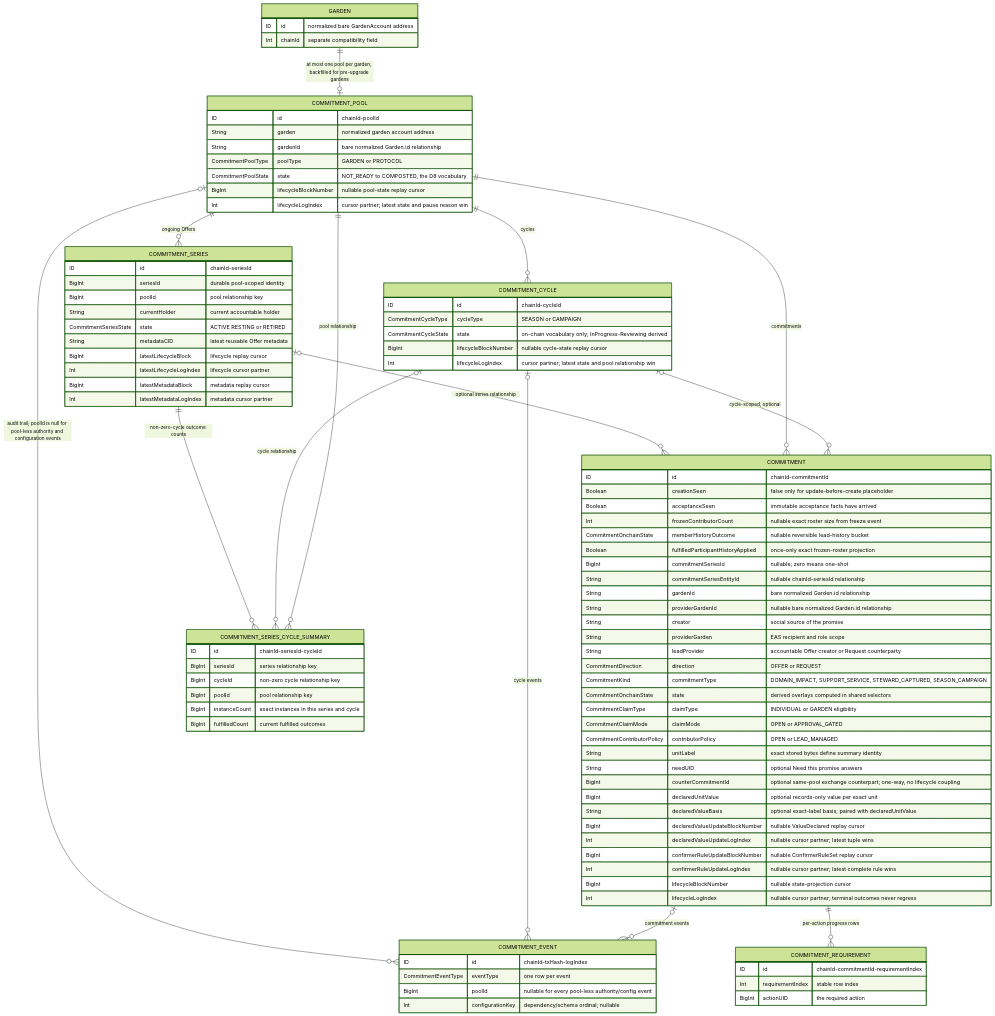
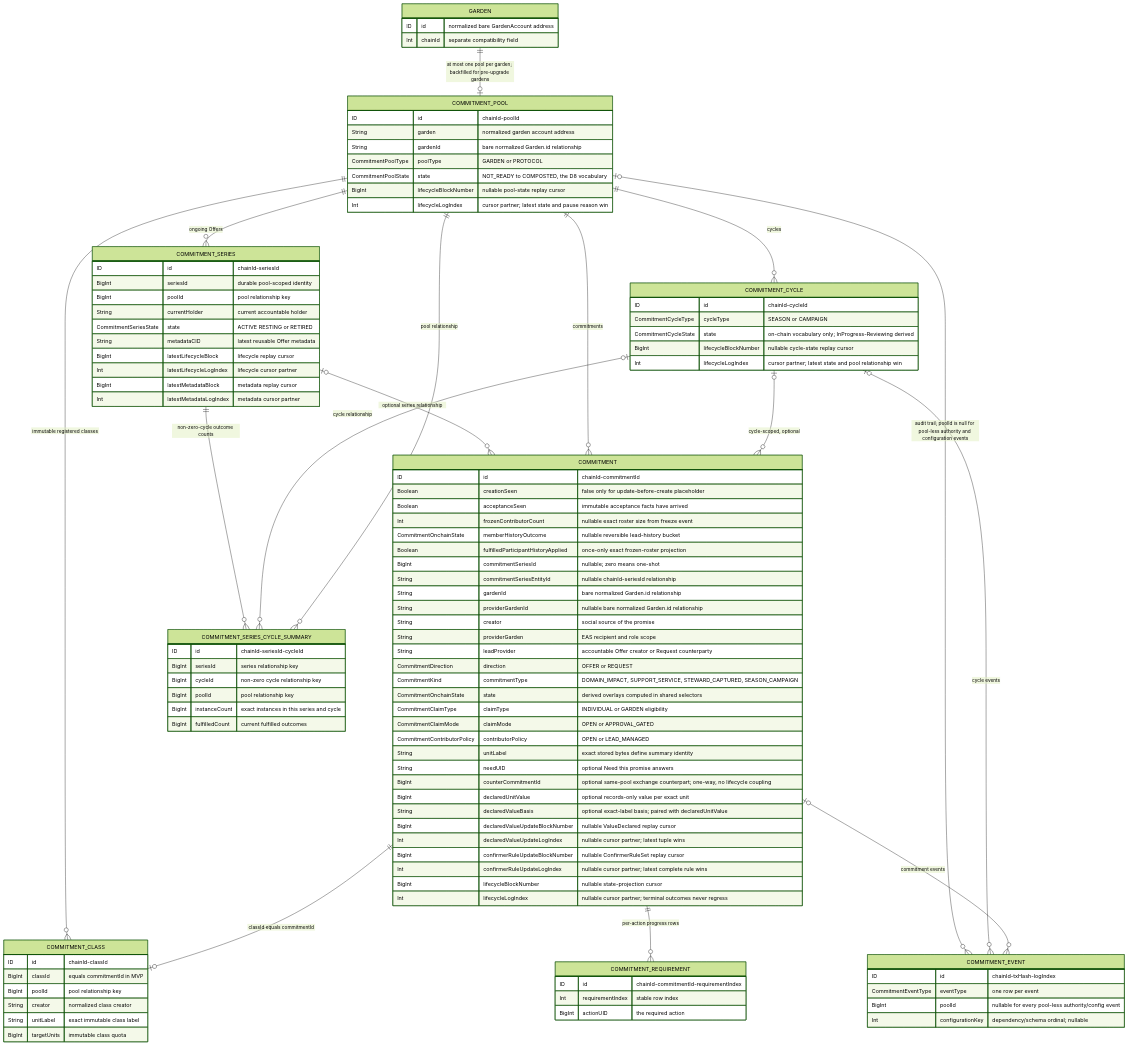
Diagram 23 of 40 in .plans/active/commitment-pooling/diagrams.md (greenpill-dev-guild/green-goods), drawn with Mermaid (forest theme) before and after one commit. The commit also changed other lines of this file and 23 other files, not shown here.

First line of the commit message:
fix(agent): close pooling architecture gaps

```diff
--- a/.plans/active/commitment-pooling/diagrams.md
+++ b/.plans/active/commitment-pooling/diagrams.md
@@ -1195,6 +1202,8 @@
   COMMITMENT_CYCLE |o--o{ COMMITMENT_SERIES_CYCLE_SUMMARY : "cycle relationship"
   COMMITMENT_POOL ||--o{ COMMITMENT_SERIES_CYCLE_SUMMARY : "pool relationship"
   COMMITMENT_POOL ||--o{ COMMITMENT : "commitments"
+  COMMITMENT_POOL ||--o{ COMMITMENT_CLASS : "immutable registered classes"
+  COMMITMENT ||--o| COMMITMENT_CLASS : "classId equals commitmentId"
   COMMITMENT_CYCLE |o--o{ COMMITMENT : "cycle-scoped, optional"
   COMMITMENT ||--o{ COMMITMENT_REQUIREMENT : "per-action progress rows"
   COMMITMENT_POOL |o--o{ COMMITMENT_EVENT : "audit trail; poolId is null for pool-less authority and configuration events"
@@ -1222,6 +1231,15 @@
     CommitmentCycleState state "on-chain vocabulary only; InProgress-Reviewing derived"
     BigInt lifecycleBlockNumber "nullable cycle-state replay cursor"
     Int lifecycleLogIndex "cursor partner; latest state and pool relationship win"
+  }
+
+  COMMITMENT_CLASS {
+    ID id "chainId-classId"
+    BigInt classId "equals commitmentId in MVP"
+    BigInt poolId "pool relationship key"
+    String creator "normalized class creator"
+    String unitLabel "exact immutable class label"
+    BigInt targetUnits "immutable class quota"
   }
 
   COMMITMENT_SERIES {
```
